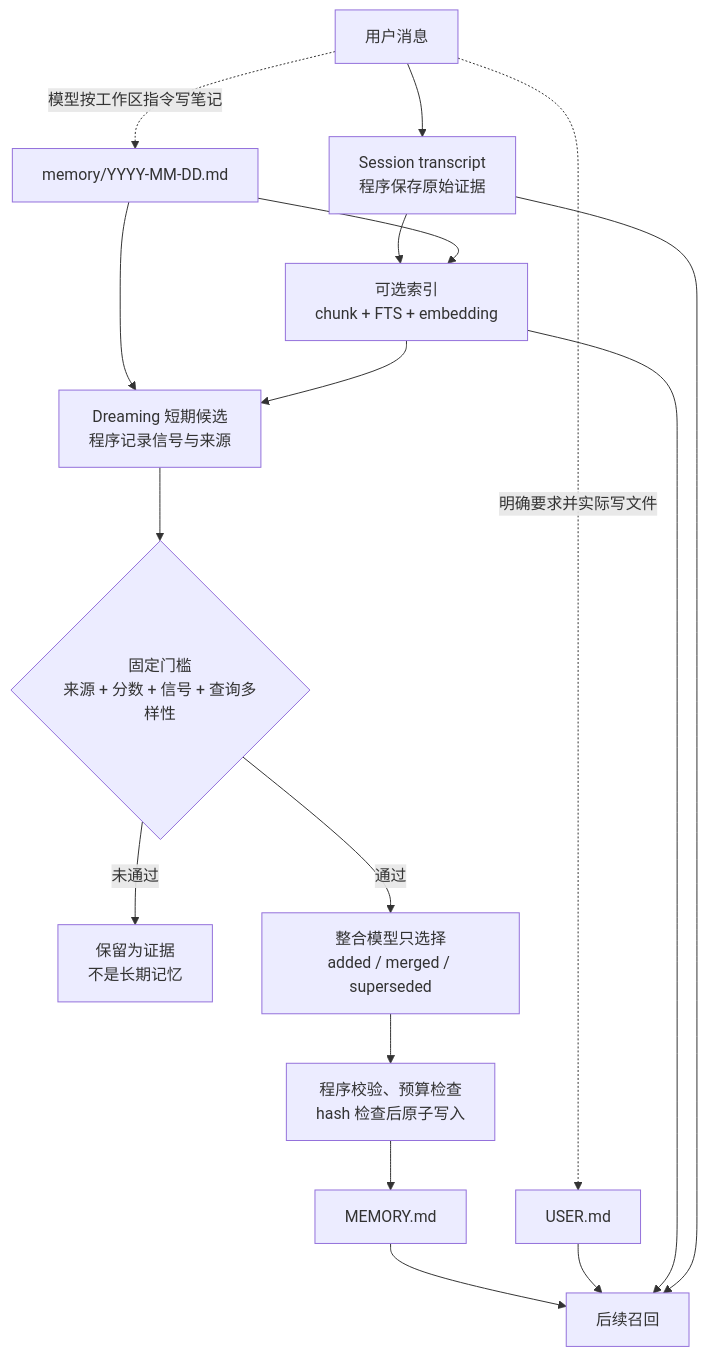
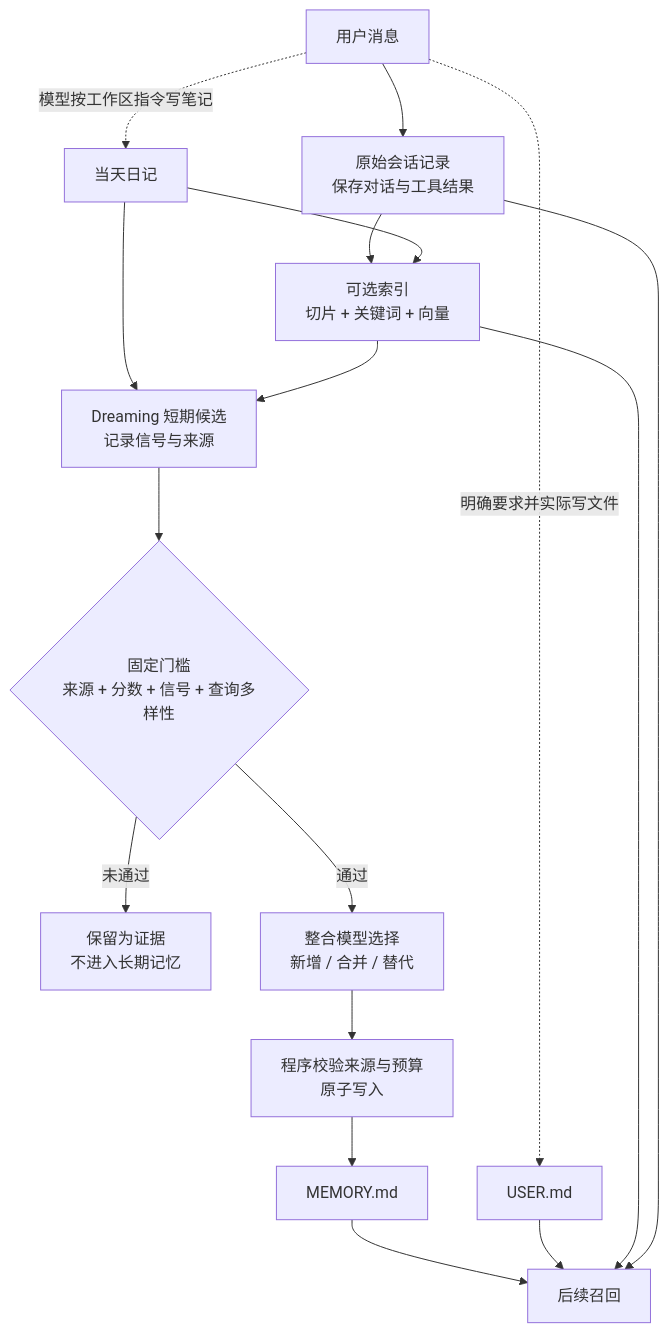
Before and after one commit to ALVIN-YANG/alvin-notes: the diagram in src/content/docs/claw/openclaw/9-memory-system-deep-dive.md, drawn with Mermaid. The commit also changed other lines of this file, not shown here.

````diff
--- a/src/content/docs/claw/openclaw/9-memory-system-deep-dive.md
+++ b/src/content/docs/claw/openclaw/9-memory-system-deep-dive.md
@@ -43,19 +39,19 @@
 ```mermaid
 flowchart TD
-  U["用户消息"] --> T["Session transcript<br/>程序保存原始证据"]
-  T --> I["可选索引<br/>chunk + FTS + embedding"]
-  U -. "模型按工作区指令写笔记" .-> D["memory/YYYY-MM-DD.md"]
+  U["用户消息"] --> T["原始会话记录<br/>保存对话与工具结果"]
+  T --> I["可选索引<br/>切片 + 关键词 + 向量"]
+  U -. "模型按工作区指令写笔记" .-> D["当天日记"]
   D --> I
-  D --> S["Dreaming 短期候选<br/>程序记录信号与来源"]
+  D --> S["Dreaming 短期候选<br/>记录信号与来源"]
   I --> S
   S --> G{"固定门槛<br/>来源 + 分数 + 信号 + 查询多样性"}
-  G -->|未通过| X["保留为证据<br/>不是长期记忆"]
-  G -->|通过| C["整合模型只选择<br/>added / merged / superseded"]
-  C --> V["程序校验、预算检查<br/>hash 检查后原子写入"]
+  G -->|未通过| X["保留为证据<br/>不进入长期记忆"]
+  G -->|通过| C["整合模型选择<br/>新增 / 合并 / 替代"]
+  C --> V["程序校验来源与预算<br/>原子写入"]
   V --> M["MEMORY.md"]
   U -. "明确要求并实际写文件" .-> P["USER.md"]
   M --> R["后续召回"]
   P --> R
   I --> R
   T --> R
 ```
````
